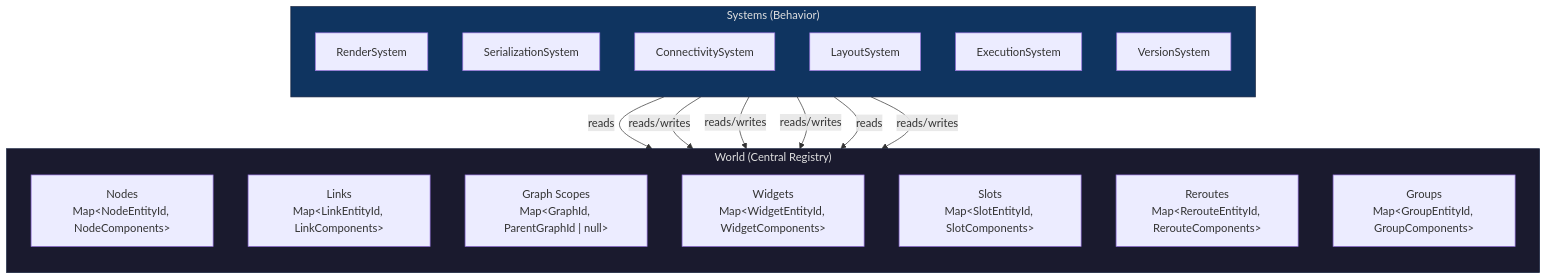
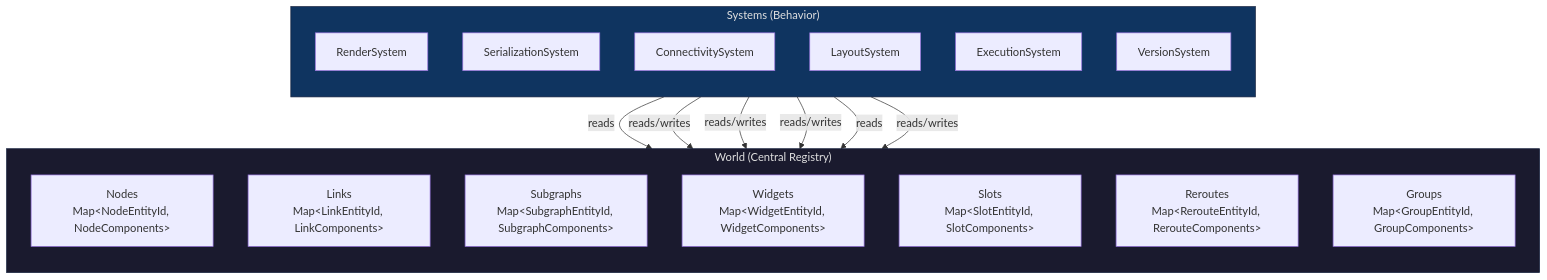
Before and after one commit to Comfy-Org/ComfyUI_frontend: the first of 12 diagrams in docs/architecture/ecs-target-architecture.md, drawn with Mermaid. The commit also changed other lines of this file, not shown here.

First line of the commit message:
fix: strip leading whitespace from multi-line mermaid labels in architecture docs

````diff
--- a/docs/architecture/ecs-target-architecture.md
+++ b/docs/architecture/ecs-target-architecture.md
@@ -11,40 +9,40 @@
 ```mermaid
 graph TD
     subgraph World["World (Central Registry)"]
         direction TB
         NodeStore["Nodes
 Map&lt;NodeEntityId, NodeComponents&gt;"]
         LinkStore["Links
 Map&lt;LinkEntityId, LinkComponents&gt;"]
-        ScopeRegistry["Graph Scopes
-Map&lt;GraphId, ParentGraphId | null&gt;"]
+        SubgraphStore["Subgraphs
+Map&lt;SubgraphEntityId, SubgraphComponents&gt;"]
         WidgetStore["Widgets
 Map&lt;WidgetEntityId, WidgetComponents&gt;"]
         SlotStore["Slots
 Map&lt;SlotEntityId, SlotComponents&gt;"]
         RerouteStore["Reroutes
 Map&lt;RerouteEntityId, RerouteComponents&gt;"]
         GroupStore["Groups
 Map&lt;GroupEntityId, GroupComponents&gt;"]
     end
 
     subgraph Systems["Systems (Behavior)"]
         direction TB
         RS["RenderSystem"]
         SS["SerializationSystem"]
         CS["ConnectivitySystem"]
         LS["LayoutSystem"]
         ES["ExecutionSystem"]
         VS["VersionSystem"]
     end
 
     RS -->|reads| World
     SS -->|reads/writes| World
     CS -->|reads/writes| World
     LS -->|reads/writes| World
     ES -->|reads| World
     VS -->|reads/writes| World
 
     style World fill:#1a1a2e,stroke:#16213e,color:#e0e0e0
     style Systems fill:#0f3460,stroke:#16213e,color:#e0e0e0
 ```
````
